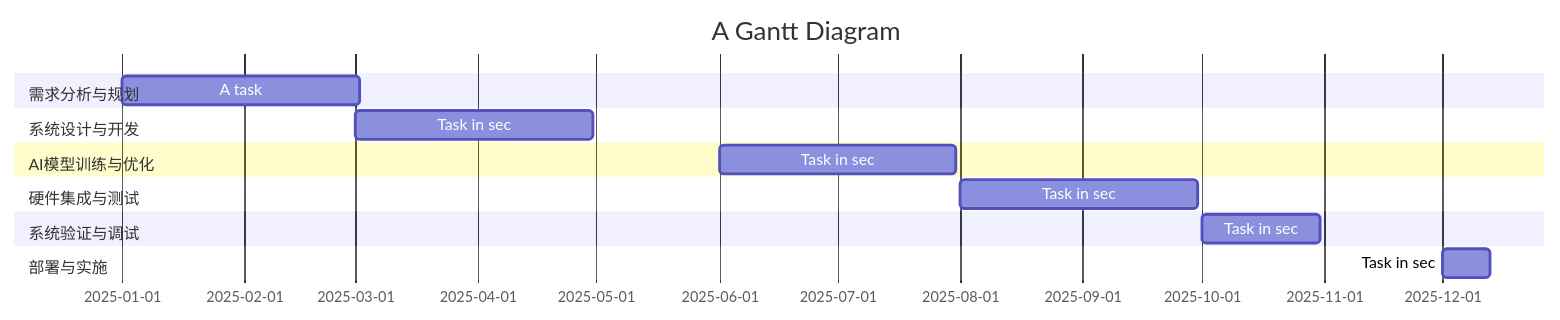
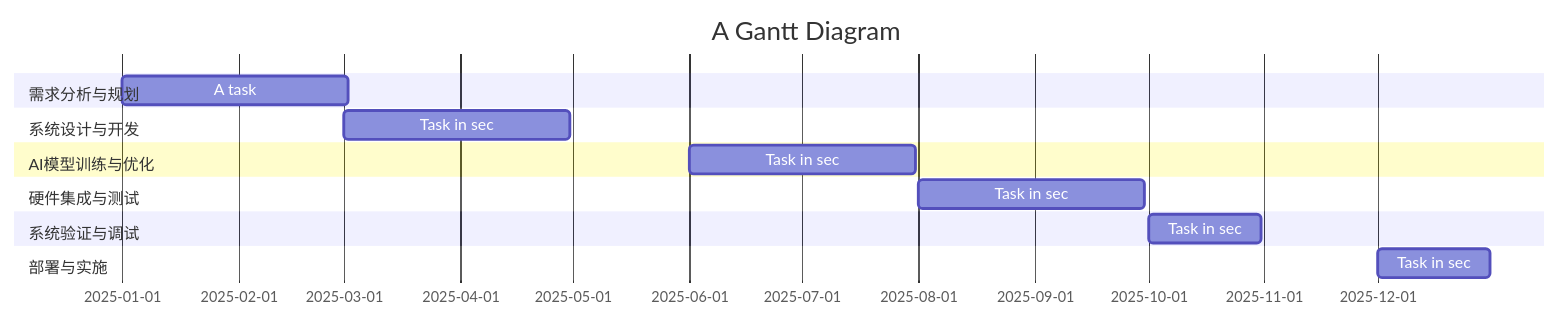
The diagram in all/代码甘特图.md (libobo6/iodraw-files), drawn with Mermaid before and after one commit.

Commit message:
2025-01-14 10:56:44 update

````diff
--- a/all/代码甘特图.md
+++ b/all/代码甘特图.md
@@ -1,17 +1,17 @@
 ```mermaid
 gantt
     title A Gantt Diagram
     dateFormat  YYYY-MM-DD
     section 需求分析与规划
     A task           :2025-01-01, 60d
     section 系统设计与开发
     Task in sec      :2025-03-01, 60d
     section AI模型训练与优化
     Task in sec      :2025-06-01  , 60d
     section 硬件集成与测试
     Task in sec      :2025-08-01  , 60d
     section 系统验证与调试
     Task in sec      :2025-10-01  , 30d
     section 部署与实施
-    Task in sec      :2025-12-01  , 12d
+    Task in sec      :2025-12-01  , 30d
 ```
````
